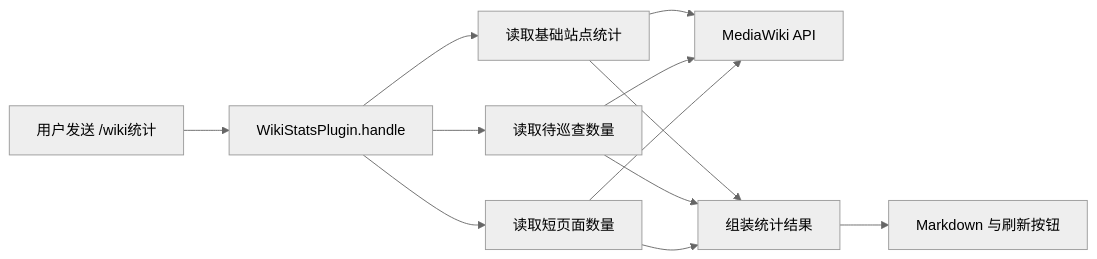
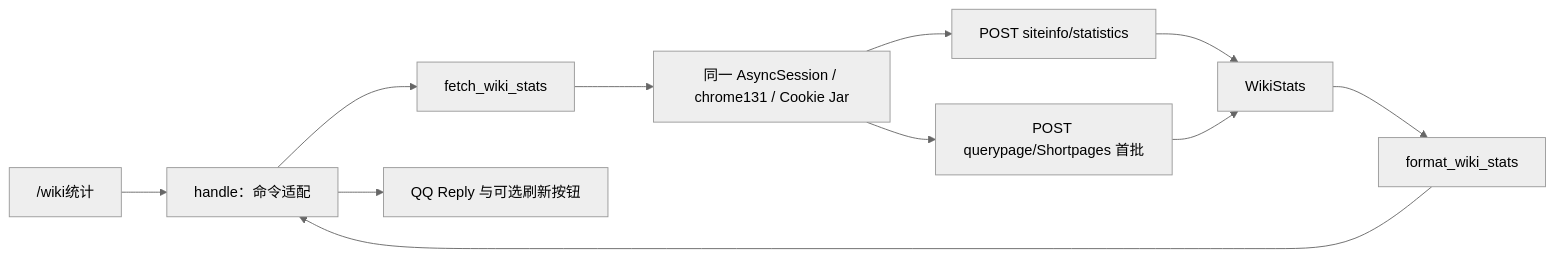
The diagram in PLUGIN_ARCHITECTURE.md (HOPE-LGNF/CUWikiBot), drawn with Mermaid (neutral theme) before and after one commit. The commit also changed other lines of this file, not shown here.

````diff
--- a/PLUGIN_ARCHITECTURE.md
+++ b/PLUGIN_ARCHITECTURE.md
@@ -17,14 +22,13 @@
 ```mermaid
 flowchart LR
-    U[用户发送 /wiki统计] --> H[WikiStatsPlugin.handle]
-    H --> B[读取基础站点统计]
-    H --> P[读取待巡查数量]
-    H --> S[读取短页面数量]
-    B --> A[MediaWiki API]
-    P --> A
-    S --> A
-    B --> R[组装统计结果]
-    P --> R
-    S --> R
-    R --> O[Markdown 与刷新按钮]
+    U["/wiki统计"] --> H["handle：命令适配"]
+    H --> F[fetch_wiki_stats]
+    F --> S["同一 AsyncSession / chrome131 / Cookie Jar"]
+    S --> B["POST siteinfo/statistics"]
+    S --> P["POST querypage/Shortpages 首批"]
+    B --> D[WikiStats]
+    P --> D
+    D --> R[format_wiki_stats]
+    R --> H
+    H --> Q[QQ Reply 与可选刷新按钮]
 ```
````
